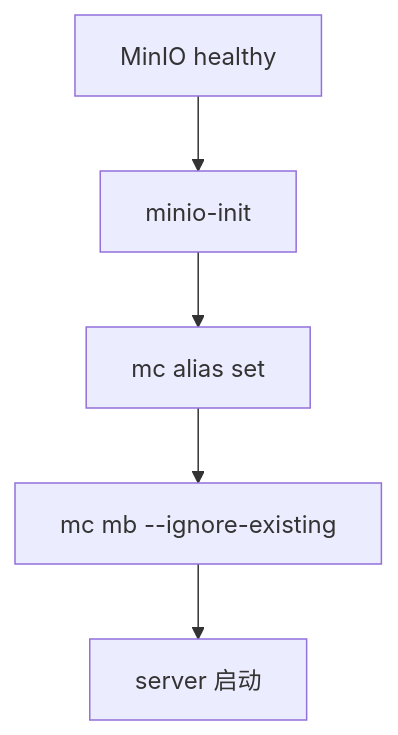
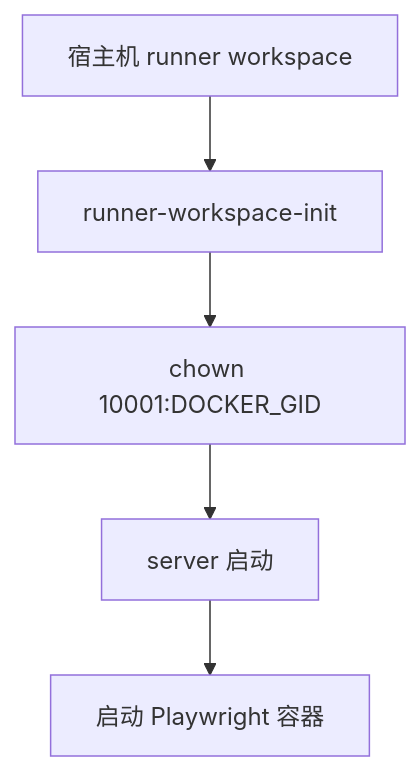
One commit to MenXiaoHuan/testplatform changed the second of 2 diagrams in docs/docker.md. Above: the diagram before and after it, drawn with Mermaid. The commit also changed other lines of this file and 109 other files, not shown here.

First line of the commit message:
feat: add repository credentials and harden Playwright runner

````diff
--- a/docs/docker.md
+++ b/docs/docker.md
@@ -390,7 +402,7 @@
 ```mermaid
 flowchart TD
-    MinIO[MinIO healthy] --> Init[minio-init]
-    Init --> Alias[mc alias set]
-    Alias --> Bucket[mc mb --ignore-existing]
-    Bucket --> Server[server 启动]
+    HostDir[宿主机 runner workspace] --> Init[runner-workspace-init]
+    Init --> Chown[chown 10001:DOCKER_GID]
+    Chown --> Server[server 启动]
+    Server --> Runner[启动 Playwright 容器]
 ```
````
